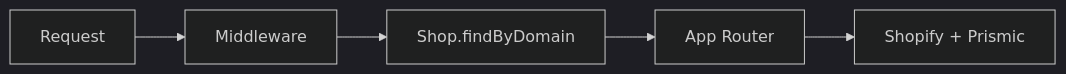
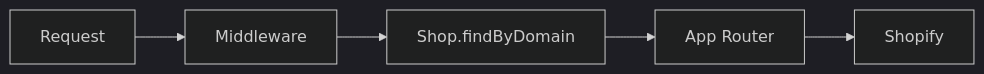
The diagram in docs/architecture.md (filiphsps/commerce), drawn with Mermaid (dark theme) before and after one commit. The commit also changed other lines of this file and 7 other files, not shown here.

````diff
--- a/docs/architecture.md
+++ b/docs/architecture.md
@@ -11,7 +11,7 @@
 ```mermaid
 flowchart LR
     A[Request] --> B[Middleware]
     B --> C[Shop.findByDomain]
     C --> D[App Router]
-    D --> E[Shopify + Prismic]
+    D --> E[Shopify]
 ```
````
